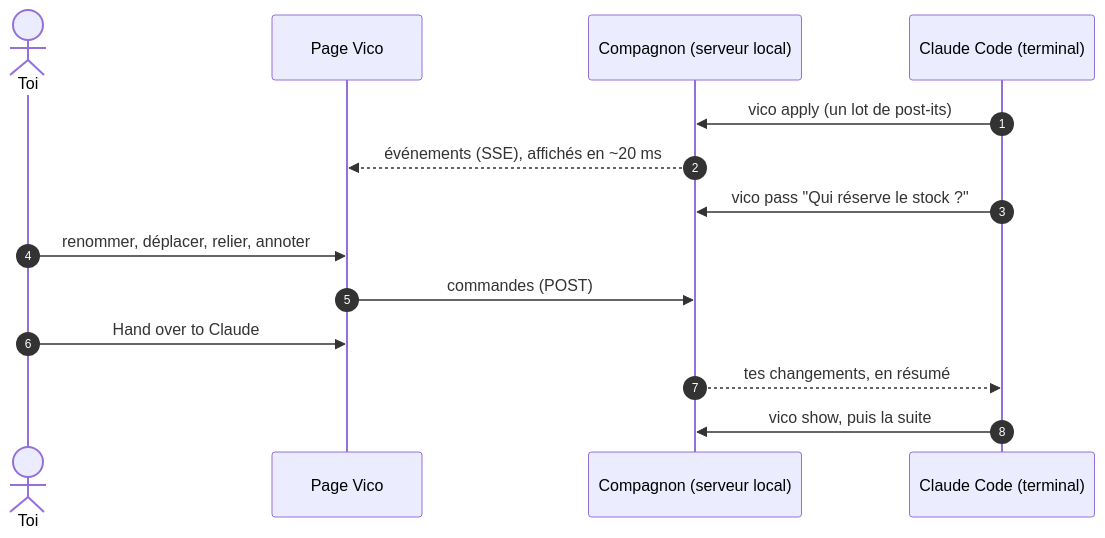
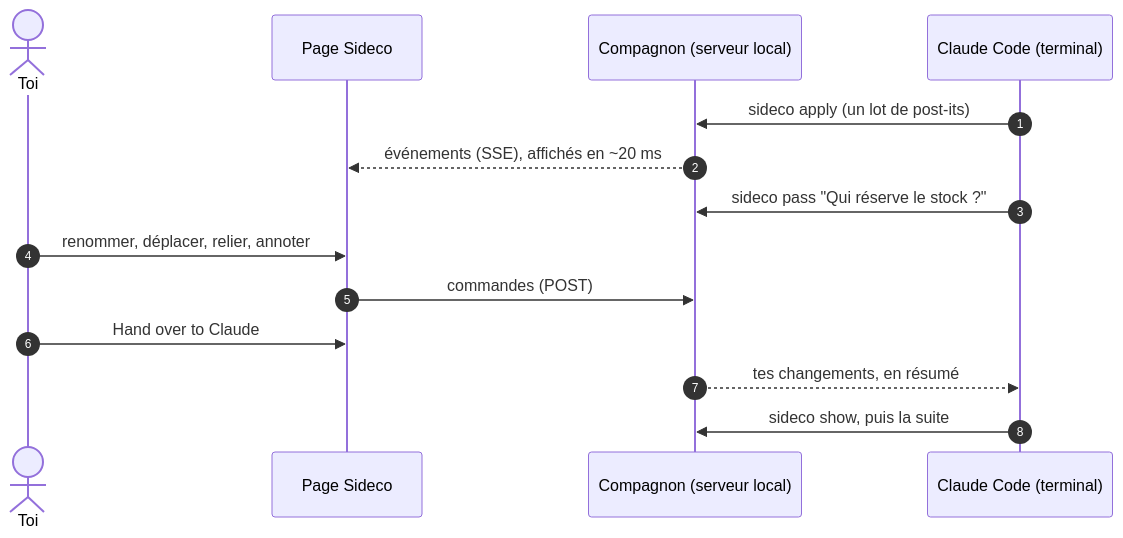
The first of 2 diagrams in README.md (bastien-gallay/sideco), drawn with Mermaid before and after one commit. The commit also changed other lines of this file and 48 other files, not shown here.

````diff
--- a/README.md
+++ b/README.md
@@ -55,17 +55,17 @@
 ```mermaid
 sequenceDiagram
     autonumber
     actor Toi
-    participant Page as Page Vico
-    participant Vico as Compagnon (serveur local)
+    participant Page as Page Sideco
+    participant Sideco as Compagnon (serveur local)
     participant Claude as Claude Code (terminal)
 
-    Claude->>Vico: vico apply (un lot de post-its)
-    Vico-->>Page: événements (SSE), affichés en ~20 ms
-    Claude->>Vico: vico pass "Qui réserve le stock ?"
+    Claude->>Sideco: sideco apply (un lot de post-its)
+    Sideco-->>Page: événements (SSE), affichés en ~20 ms
+    Claude->>Sideco: sideco pass "Qui réserve le stock ?"
     Toi->>Page: renommer, déplacer, relier, annoter
-    Page->>Vico: commandes (POST)
+    Page->>Sideco: commandes (POST)
     Toi->>Page: Hand over to Claude
-    Vico-->>Claude: tes changements, en résumé
-    Claude->>Vico: vico show, puis la suite
+    Sideco-->>Claude: tes changements, en résumé
+    Claude->>Sideco: sideco show, puis la suite
 ```
````
